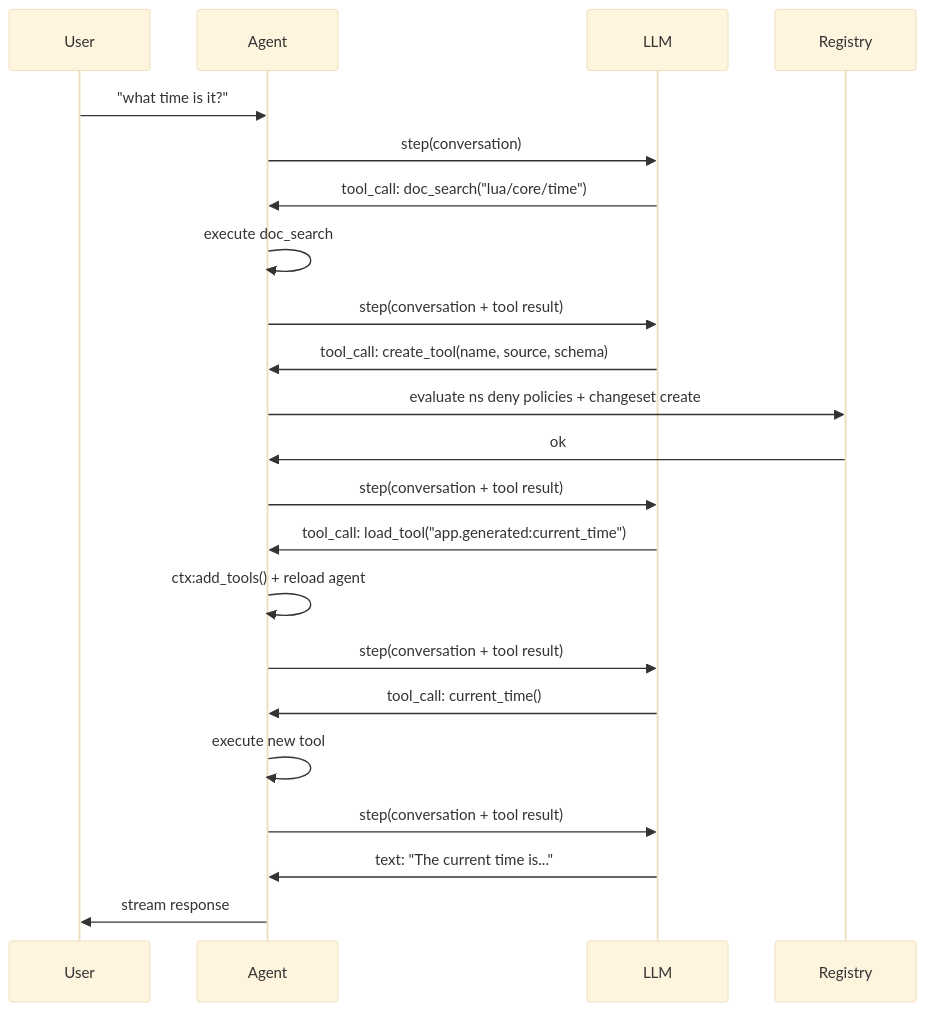
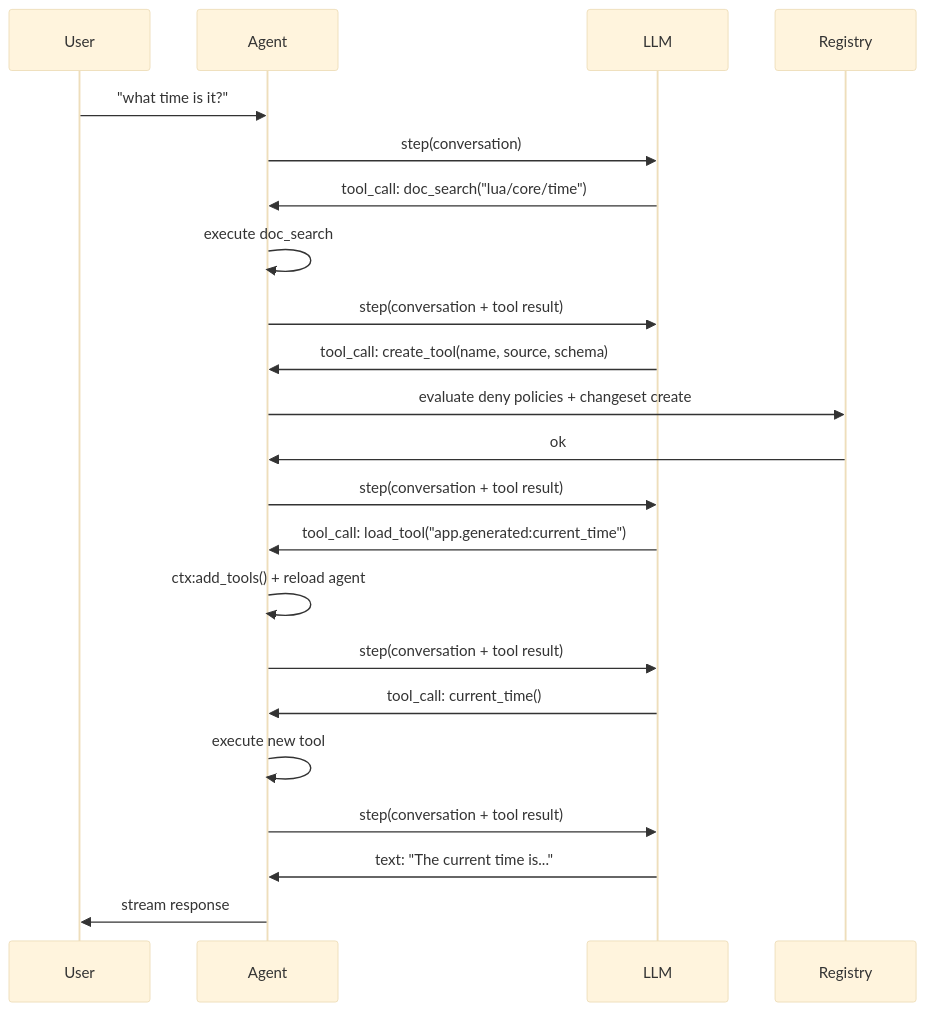
The second of 4 diagrams in en/tutorials/micro-agi.md (wippyai/docs), drawn with Mermaid (base theme) before and after one commit. The commit also changed other lines of this file and 8 other files, not shown here.

````diff
--- a/en/tutorials/micro-agi.md
+++ b/en/tutorials/micro-agi.md
@@ -36,25 +36,25 @@
 ```mermaid
 sequenceDiagram
     participant U as User
     participant A as Agent
     participant L as LLM
     participant R as Registry
 
     U->>A: "what time is it?"
     A->>L: step(conversation)
     L->>A: tool_call: doc_search("lua/core/time")
     A->>A: execute doc_search
     A->>L: step(conversation + tool result)
     L->>A: tool_call: create_tool(name, source, schema)
-    A->>R: evaluate ns deny policies + changeset create
+    A->>R: evaluate deny policies + changeset create
     R->>A: ok
     A->>L: step(conversation + tool result)
     L->>A: tool_call: load_tool("app.generated:current_time")
     A->>A: ctx:add_tools() + reload agent
     A->>L: step(conversation + tool result)
     L->>A: tool_call: current_time()
     A->>A: execute new tool
     A->>L: step(conversation + tool result)
     L->>A: text: "The current time is..."
     A->>U: stream response
 ```
````
